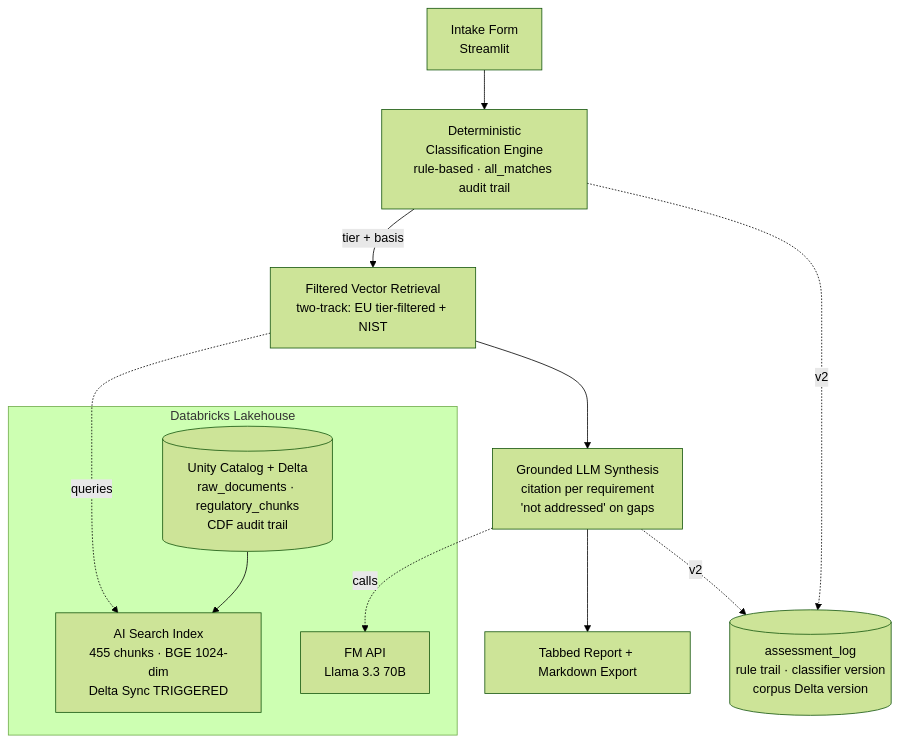
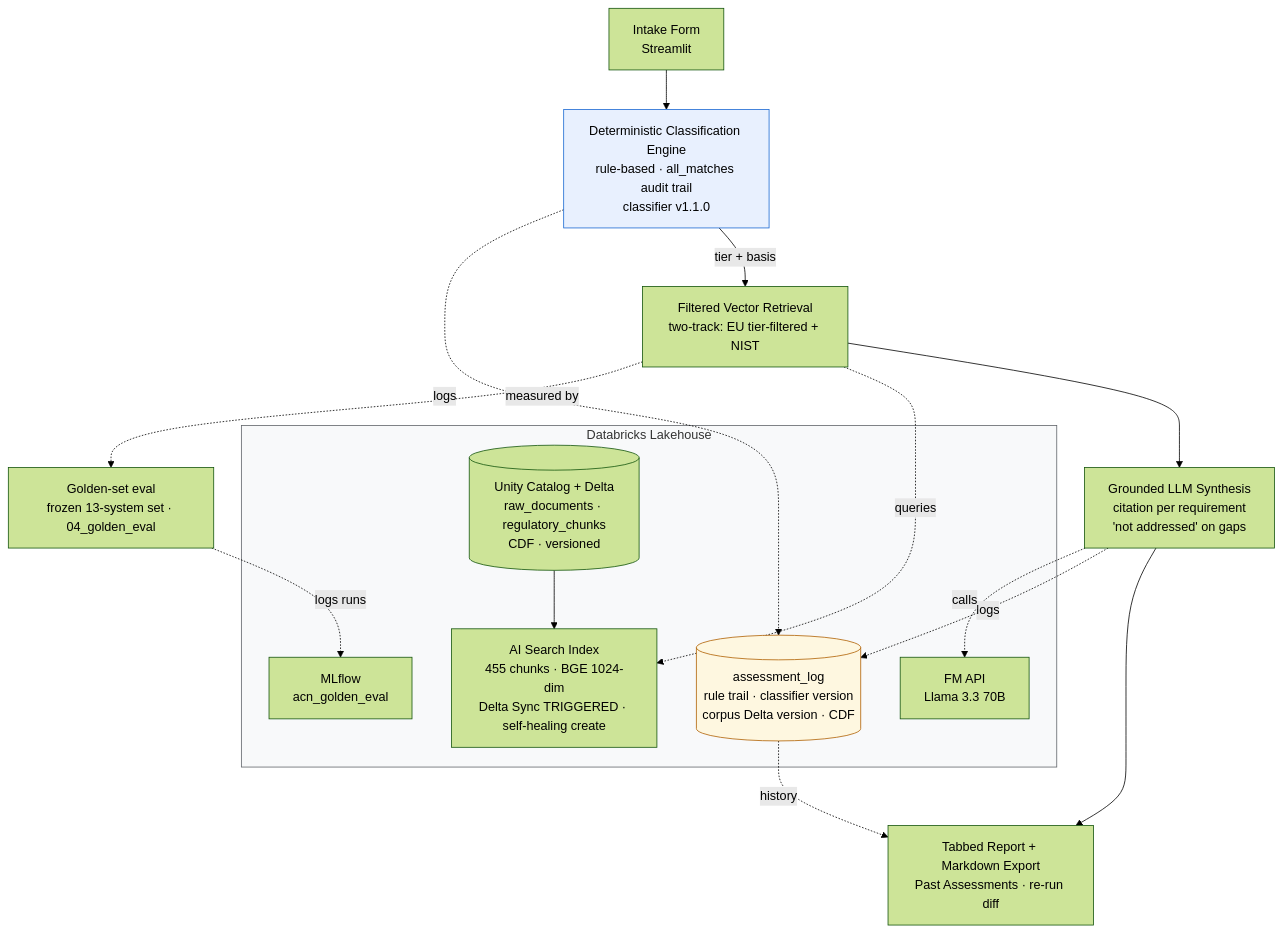
One commit to singhgolf89-ai/ai-compliance-navigator changed the diagram in architecture.md. Above: the diagram before and after it, drawn with Mermaid (forest theme). The commit also changed other lines of this file, not shown here.

Commit message:
docs: architecture v2.1

````diff
--- a/architecture.md
+++ b/architecture.md
@@ -62,19 +66,28 @@
 ```mermaid
 flowchart TD
-    A[Intake Form<br/>Streamlit] --> B[Deterministic<br/>Classification Engine<br/>rule-based · all_matches audit trail]
+    A[Intake Form<br/>Streamlit] --> B[Deterministic Classification Engine<br/>rule-based · all_matches audit trail<br/>classifier v1.1.0]
     B -->|tier + basis| C[Filtered Vector Retrieval<br/>two-track: EU tier-filtered + NIST]
     C --> D[Grounded LLM Synthesis<br/>citation per requirement<br/>'not addressed' on gaps]
-    D --> E[Tabbed Report + Markdown Export]
-    B -.v2.-> L[(assessment_log<br/>rule trail · classifier version<br/>corpus Delta version)]
-    D -.v2.-> L
+    D --> E[Tabbed Report + Markdown Export<br/>Past Assessments · re-run diff]
 
     subgraph DBX[Databricks Lakehouse]
-        F[(Unity Catalog + Delta<br/>raw_documents · regulatory_chunks<br/>CDF audit trail)]
-        G[AI Search Index<br/>455 chunks · BGE 1024-dim<br/>Delta Sync TRIGGERED]
+        F[(Unity Catalog + Delta<br/>raw_documents · regulatory_chunks<br/>CDF · versioned)]
+        G[AI Search Index<br/>455 chunks · BGE 1024-dim<br/>Delta Sync TRIGGERED · self-healing create]
         H[FM API<br/>Llama 3.3 70B]
+        L[(assessment_log<br/>rule trail · classifier version<br/>corpus Delta version · CDF)]
+        I[MLflow<br/>acn_golden_eval]
     end
 
     F --> G
+    B -.logs.-> L
+    D -.logs.-> L
+    L -.history.-> E
     C -.queries.-> G
     D -.calls.-> H
+    C -. measured by .-> M[Golden-set eval<br/>frozen 13-system set · 04_golden_eval]
+    M -.logs runs.-> I
+
+    style B fill:#e8f0fe,stroke:#1967d2
+    style L fill:#fef7e0,stroke:#b06000
+    style DBX fill:#f8f9fa,stroke:#5f6368
 ```
````
